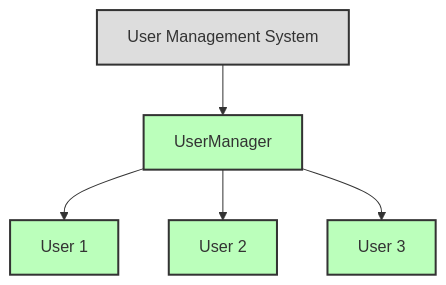
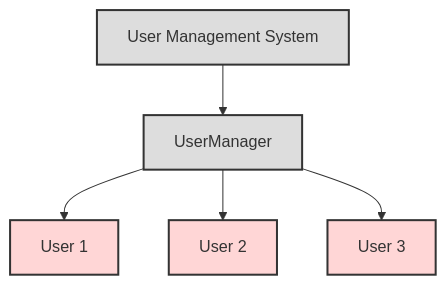
One commit to nguyenphuc22/Design-Patterns changed the second of 2 diagrams in docs/Book/2.1 Singleton.md. Above: the diagram before and after it, drawn with Mermaid.

Commit message:
Update 2.1 Singleton.md

````diff
--- a/docs/Book/2.1 Singleton.md
+++ b/docs/Book/2.1 Singleton.md
@@ -43,16 +43,16 @@
 ```mermaid
 graph TD
 
     A[User Management System] --> B[UserManager]
 
     B --> C[User 1]
     B --> D[User 2]
     B --> E[User 3]
 
     classDef grey fill:#dddddd,stroke:#333333,stroke-width:2px;
-    classDef green fill:#bbffbb,stroke:#333,stroke-width:2px;
+    classDef pink fill:#ffd6d6,stroke:#333,stroke-width:2px;
 
     class A grey
-    class B green
-    class C,D,E green
+    class B grey
+    class C,D,E pink
 ```
````
